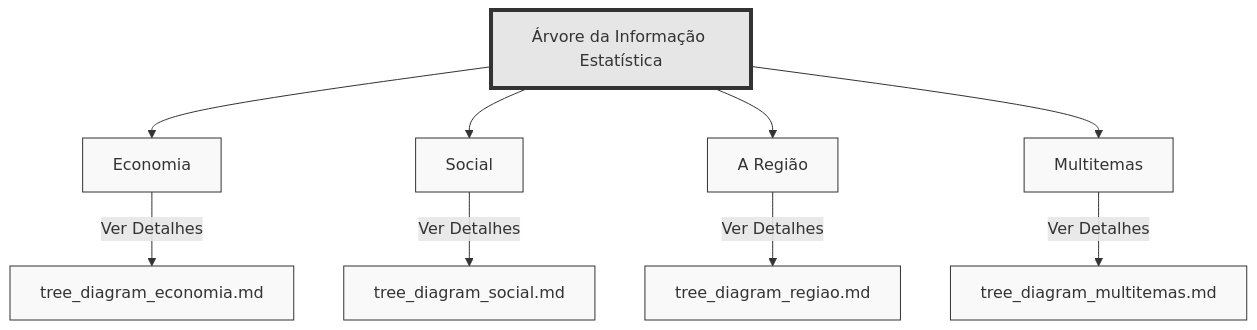
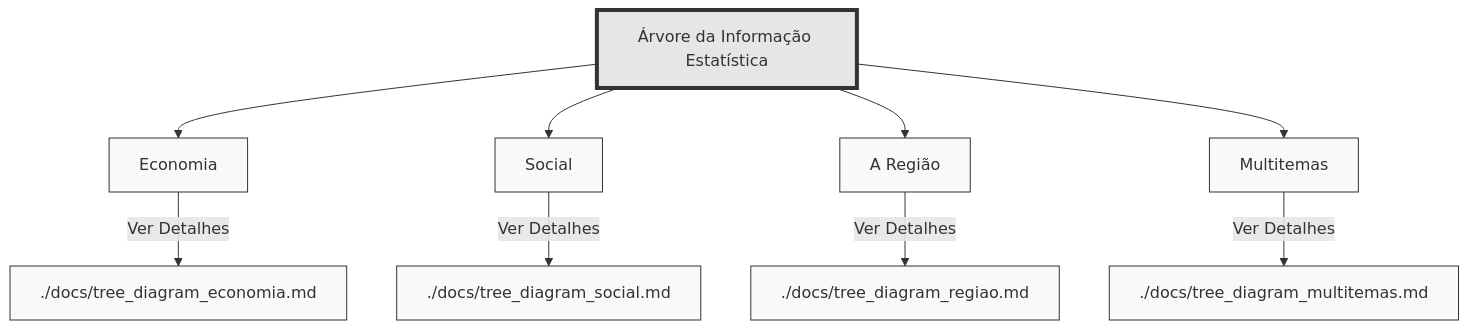
One commit to joaomendes-ine/drem_dw_db changed the diagram in docs/tree_diagram_principal.md. Above: the diagram before and after it, drawn with Mermaid. The commit also changed 1 other file, not shown here.

Commit message:
Correção das ligações

````diff
--- a/docs/tree_diagram_principal.md
+++ b/docs/tree_diagram_principal.md
@@ -1,18 +1,18 @@
 ```mermaid
 graph TD
     Root[Árvore da Informação Estatística] --> E[Economia]
     Root --> S[Social]
     Root --> R[A Região]
     Root --> M[Multitemas]
     
     %% Links para outros diagramas
-    E --> |Ver Detalhes|E_Detail[tree_diagram_economia.md]
-    S --> |Ver Detalhes|S_Detail[tree_diagram_social.md]
-    R --> |Ver Detalhes|R_Detail[tree_diagram_regiao.md]
-    M --> |Ver Detalhes|M_Detail[tree_diagram_multitemas.md]
+    E --> |Ver Detalhes|E_Detail[./docs/tree_diagram_economia.md]
+    S --> |Ver Detalhes|S_Detail[./docs/tree_diagram_social.md]
+    R --> |Ver Detalhes|R_Detail[./docs/tree_diagram_regiao.md]
+    M --> |Ver Detalhes|M_Detail[./docs/tree_diagram_multitemas.md]
 
     %% Estilo
     classDef default fill:#f9f9f9,stroke:#333,stroke-width:1px;
     classDef root fill:#e6e6e6,stroke:#333,stroke-width:4px;
     class Root root;
 ```
````
